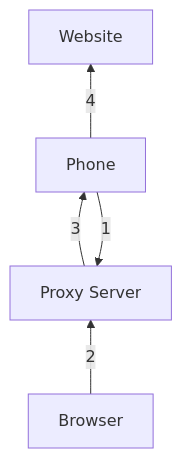
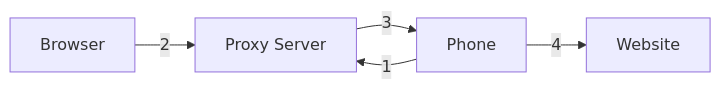
Before and after one commit to vgaj/proxy: the diagram in README.md, drawn with Mermaid. The commit also changed other lines of this file, not shown here.

````diff
--- a/README.md
+++ b/README.md
@@ -59,7 +16,7 @@
 ```mermaid
-flowchart BT
+flowchart LR
     B[Browser] -- 2 --> P[Proxy Server]
     M[Phone] -- 1 --> P
     P -- 3 --> M
     M -- 4 --> W[Website]
 ```
````
